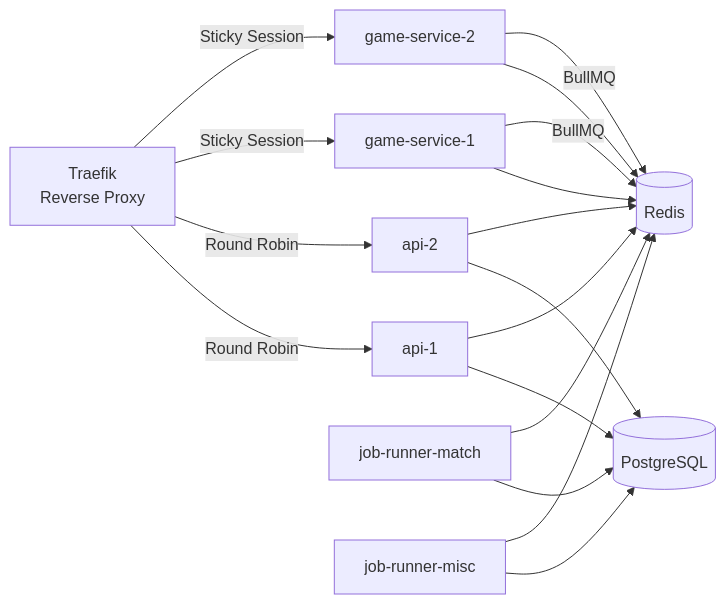
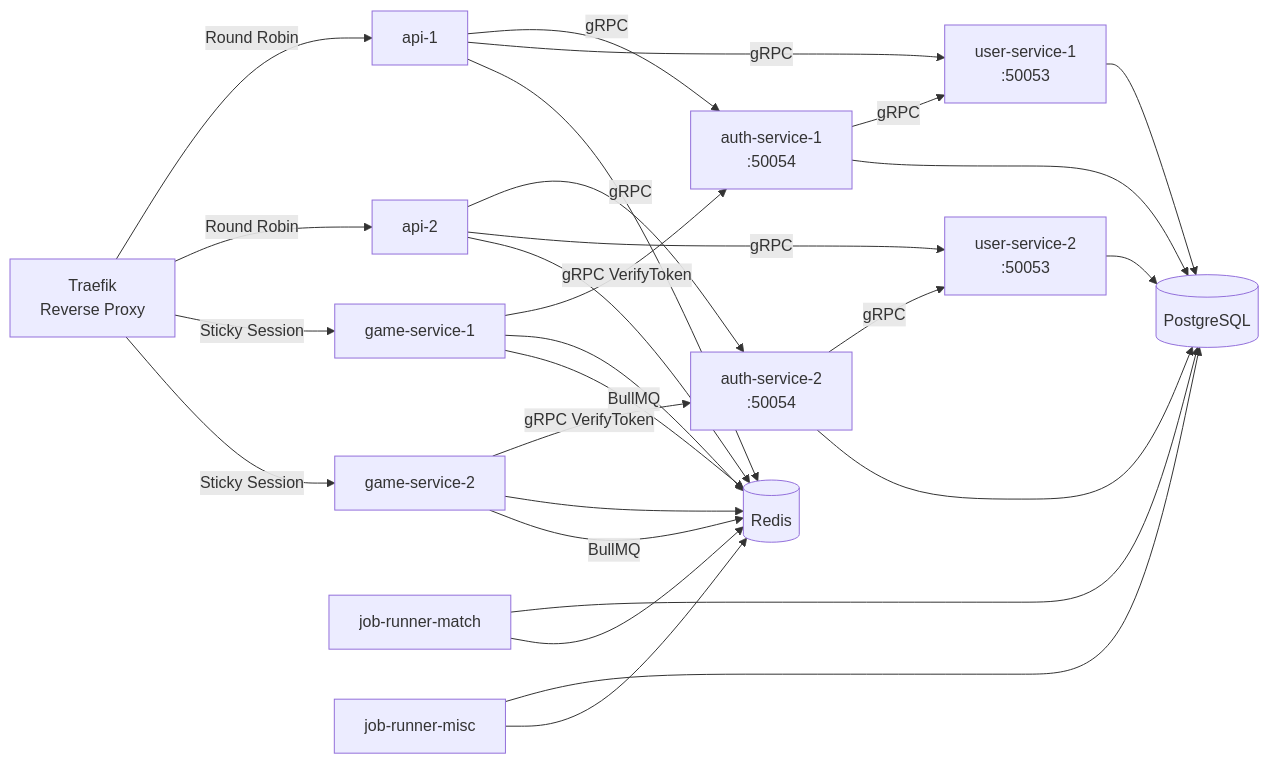
One commit to Team-3-Ynov/Chifoumi changed the sixth of 7 diagrams in docs/slides.md. Above: the diagram before and after it, drawn with Mermaid. The commit also changed other lines of this file, not shown here.

First line of the commit message:
docs(docs): update slides to reflect 6-service architecture

````diff
--- a/docs/slides.md
+++ b/docs/slides.md
@@ -343,23 +451,36 @@
-```mermaid {scale: 0.6}
+```mermaid {scale: 0.52}
 graph LR
   T["Traefik<br/>Reverse Proxy"]
   A1["api-1"]
   A2["api-2"]
+  AS1["auth-service-1<br/>:50054"]
+  AS2["auth-service-2<br/>:50054"]
+  US1["user-service-1<br/>:50053"]
+  US2["user-service-2<br/>:50053"]
   G1["game-service-1"]
   G2["game-service-2"]
   JRM["job-runner-match"]
   JRN["job-runner-misc"]
   PG[("PostgreSQL")]
   RD[("Redis")]
 
   T -->|"Round Robin"| A1
   T -->|"Round Robin"| A2
   T -->|"Sticky Session"| G1
   T -->|"Sticky Session"| G2
-  A1 & A2 --> PG
+  A1 -->|"gRPC"| AS1
+  A2 -->|"gRPC"| AS2
+  A1 -->|"gRPC"| US1
+  A2 -->|"gRPC"| US2
+  AS1 -->|"gRPC"| US1
+  AS2 -->|"gRPC"| US2
+  G1 -->|"gRPC VerifyToken"| AS1
+  G2 -->|"gRPC VerifyToken"| AS2
+  AS1 & AS2 --> PG
+  US1 & US2 --> PG
   A1 & A2 --> RD
   G1 & G2 --> RD
   G1 & G2 -->|"BullMQ"| RD
   JRM & JRN --> PG
   JRM & JRN --> RD
 ```
````
